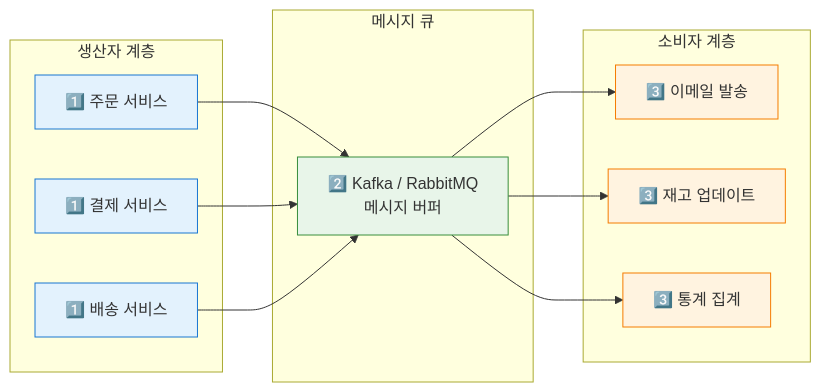
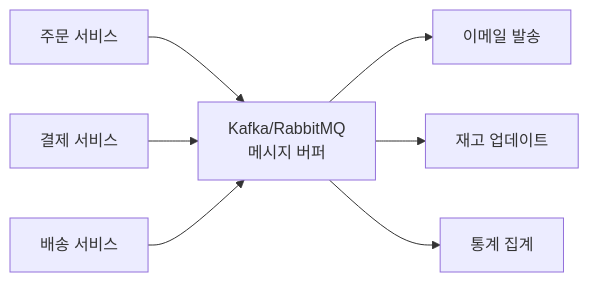
One commit to yjkim2015/yjkim2015.github.io changed diagram 13 of 17 in _posts/systemdesign/2026-05-02-system-design-fundamentals.md. Above: the diagram before and after it, drawn with Mermaid. The commit also changed other lines of this file and 215 other files, not shown here.

First line of the commit message:
신규 포스트 10개 추가 + Mermaid 전면 축소 + SystemDesign 시리즈 보강

````diff
--- a/_posts/systemdesign/2026-05-02-system-design-fundamentals.md
+++ b/_posts/systemdesign/2026-05-02-system-design-fundamentals.md
@@ -605,30 +470,9 @@
 ```mermaid
 graph LR
-    subgraph "생산자 계층"
-        P1["1️⃣ 주문 서비스"]
-        P2["1️⃣ 결제 서비스"]
-        P3["1️⃣ 배송 서비스"]
-    end
-    subgraph "메시지 큐"
-        MQ["2️⃣ Kafka / RabbitMQ\n메시지 버퍼"]
-    end
-    subgraph "소비자 계층"
-        C1["3️⃣ 이메일 발송"]
-        C2["3️⃣ 재고 업데이트"]
-        C3["3️⃣ 통계 집계"]
-    end
-
-    P1 --> MQ
-    P2 --> MQ
-    P3 --> MQ
-    MQ --> C1
-    MQ --> C2
-    MQ --> C3
-
-    classDef client fill:#e3f2fd,stroke:#1976d2
-    classDef server fill:#e8f5e9,stroke:#388e3c
-    classDef db fill:#fff3e0,stroke:#f57c00
-    class P1,P2,P3 client
-    class MQ server
-    class C1,C2,C3 db
+    P1["주문 서비스"] --> MQ["Kafka/RabbitMQ\n메시지 버퍼"]
+    P2["결제 서비스"] --> MQ
+    P3["배송 서비스"] --> MQ
+    MQ --> C1["이메일 발송"]
+    MQ --> C2["재고 업데이트"]
+    MQ --> C3["통계 집계"]
 ```
````
